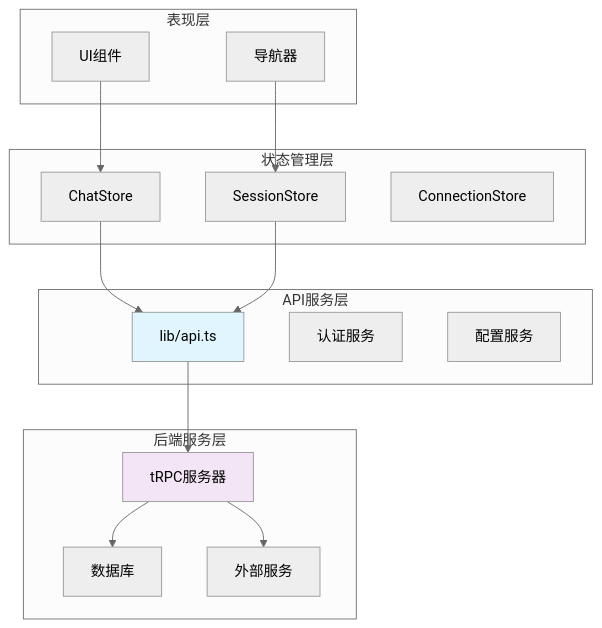
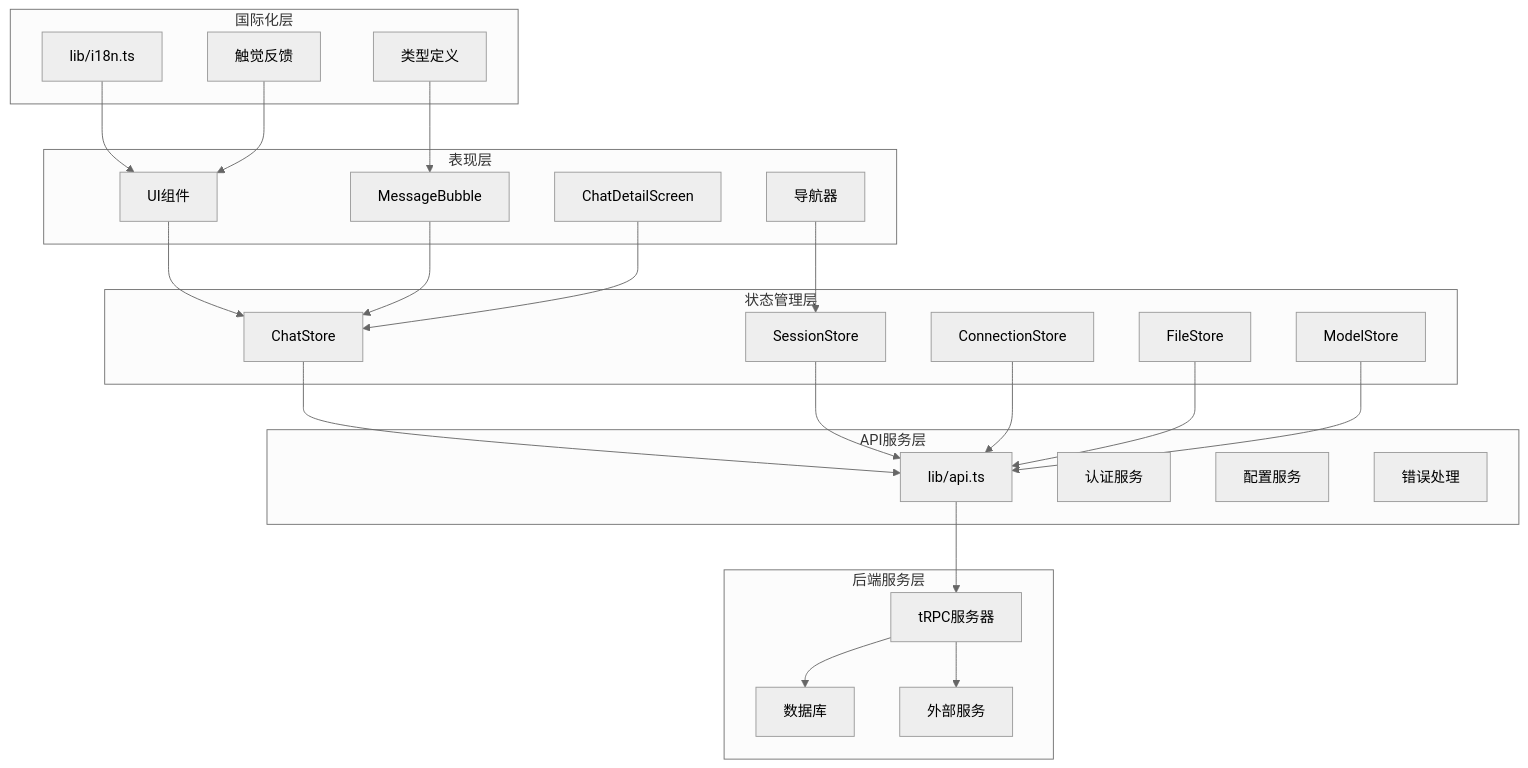
One commit to AvatoLabs/avato changed the second of 12 diagrams in .qoder/repowiki/zh/content/核心功能模块/API 服务层/移动端API服务层.md. Above: the diagram before and after it, drawn with Mermaid (neutral theme). The commit also changed other lines of this file and 7 other files, not shown here.

````diff
--- a/.qoder/repowiki/zh/content/核心功能模块/API 服务层/移动端API服务层.md
+++ b/.qoder/repowiki/zh/content/核心功能模块/API 服务层/移动端API服务层.md
@@ -100,31 +138,47 @@
 ```mermaid
 graph TD
 subgraph "表现层"
 A[UI组件]
 B[导航器]
+C[MessageBubble]
+D[ChatDetailScreen]
 end
 subgraph "状态管理层"
-C[ChatStore]
-D[SessionStore]
-E[ConnectionStore]
+E[ChatStore]
+F[SessionStore]
+G[ConnectionStore]
+H[FileStore]
+I[ModelStore]
 end
 subgraph "API服务层"
-F[lib/api.ts]
-G[认证服务]
-H[配置服务]
+J[lib/api.ts]
+K[认证服务]
+L[配置服务]
+M[错误处理]
+end
+subgraph "国际化层"
+N[lib/i18n.ts]
+O[触觉反馈]
+P[类型定义]
 end
 subgraph "后端服务层"
-I[tRPC服务器]
-J[数据库]
-K[外部服务]
+Q[tRPC服务器]
+R[数据库]
+S[外部服务]
 end
-A --> C
-B --> D
-C --> F
-D --> F
-F --> I
+A --> E
+B --> F
+C --> E
+D --> E
+E --> J
+F --> J
+G --> J
+H --> J
 I --> J
-I --> K
-style F fill:#e1f5fe
-style I fill:#f3e5f5
+J --> Q
+Q --> R
+Q --> S
+N --> A
+O --> A
+P --> C
 ```
````
